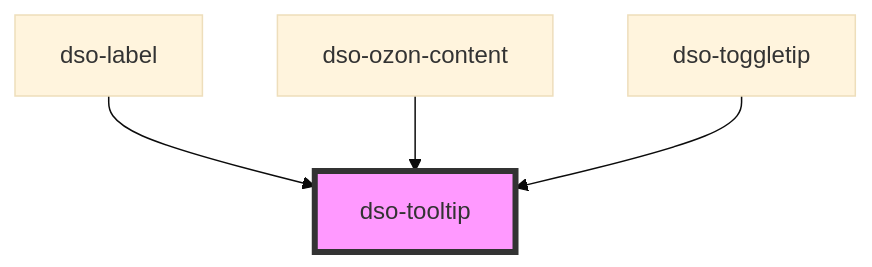
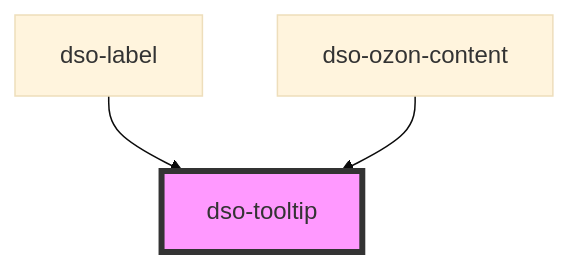
The diagram in packages/core/src/components/tooltip/readme.md (dso-toolkit/dso-toolkit), drawn with Mermaid (base theme) before and after one commit. The commit also changed other lines of this file and 50 other files, not shown here.

````diff
--- a/packages/core/src/components/tooltip/readme.md
+++ b/packages/core/src/components/tooltip/readme.md
@@ -57,7 +56,6 @@
 ```mermaid
 graph TD;
   dso-label --> dso-tooltip
   dso-ozon-content --> dso-tooltip
-  dso-toggletip --> dso-tooltip
   style dso-tooltip fill:#f9f,stroke:#333,stroke-width:4px
 ```
````
